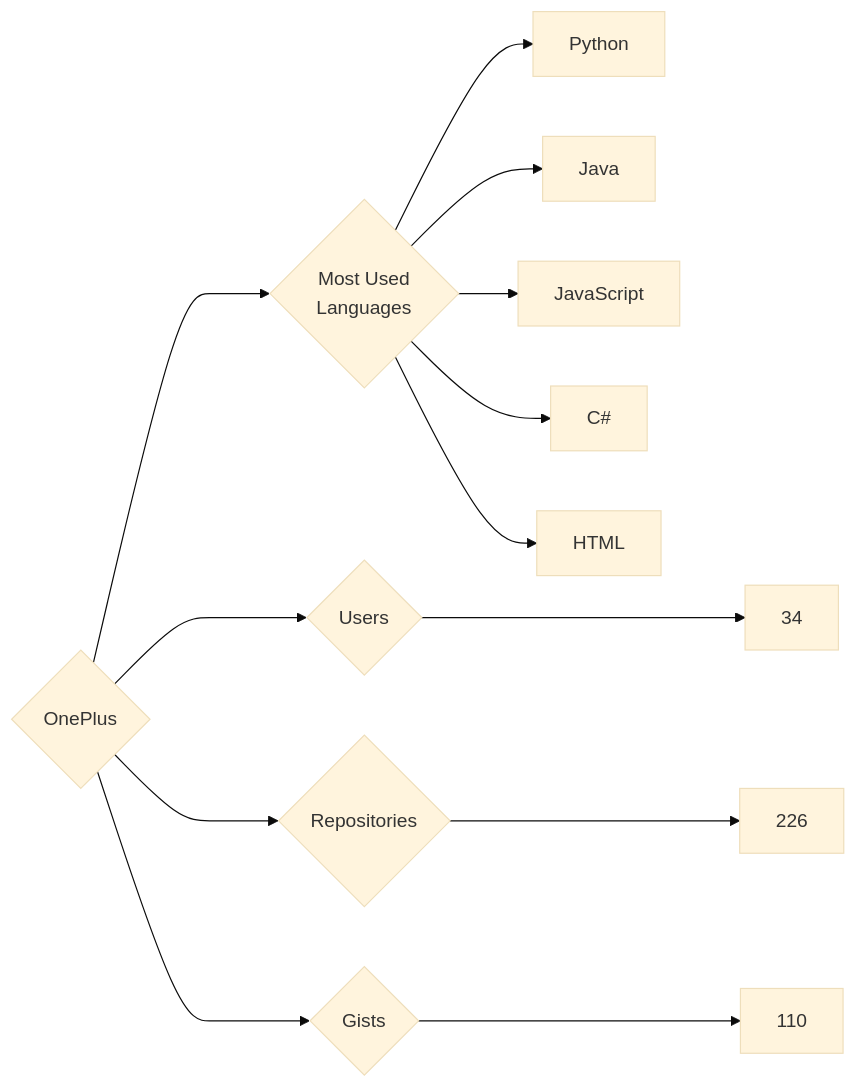
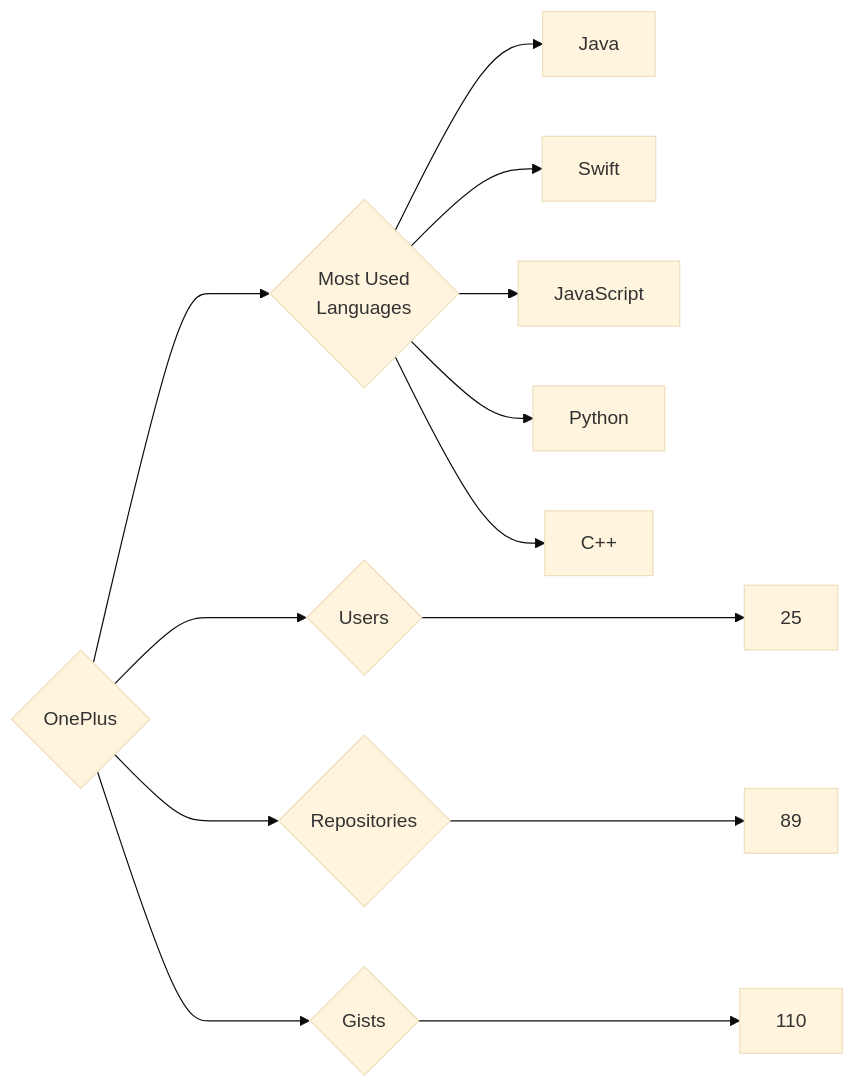
The diagram in targets/OnePlus/README.md (trickest/insiders), drawn with Mermaid (base theme) before and after one commit. The commit also changed 940 other files, not shown here.

````diff
--- a/targets/OnePlus/README.md
+++ b/targets/OnePlus/README.md
@@ -3,13 +3,13 @@
 ```mermaid
 graph LR
 COMPANY_NAME{OnePlus}
-COMPANY_NAME ---> U{Users} ---> UN[34]
-COMPANY_NAME ---> R{Repositories} ---> RN[226]
+COMPANY_NAME ---> U{Users} ---> UN[25]
+COMPANY_NAME ---> R{Repositories} ---> RN[89]
 COMPANY_NAME ---> G{Gists} ---> GN[110]
 COMPANY_NAME ---> ML{Most Used<br>Languages}
+ML --> Java[Java]
+ML --> Swift[Swift]
+ML --> JavaScript[JavaScript]
 ML --> Python[Python]
-ML --> Java[Java]
-ML --> JavaScript[JavaScript]
-ML --> C#[C#]
-ML --> HTML[HTML]
+ML --> C++[C++]
 ```
````
